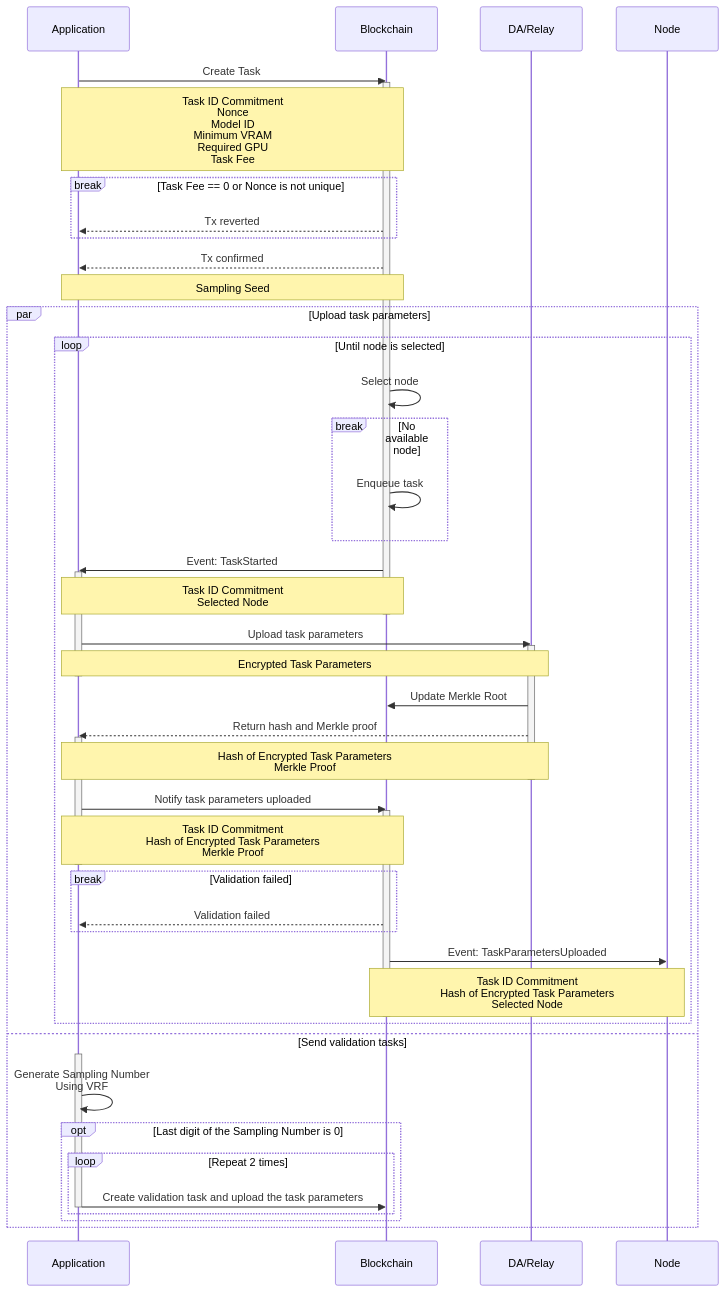
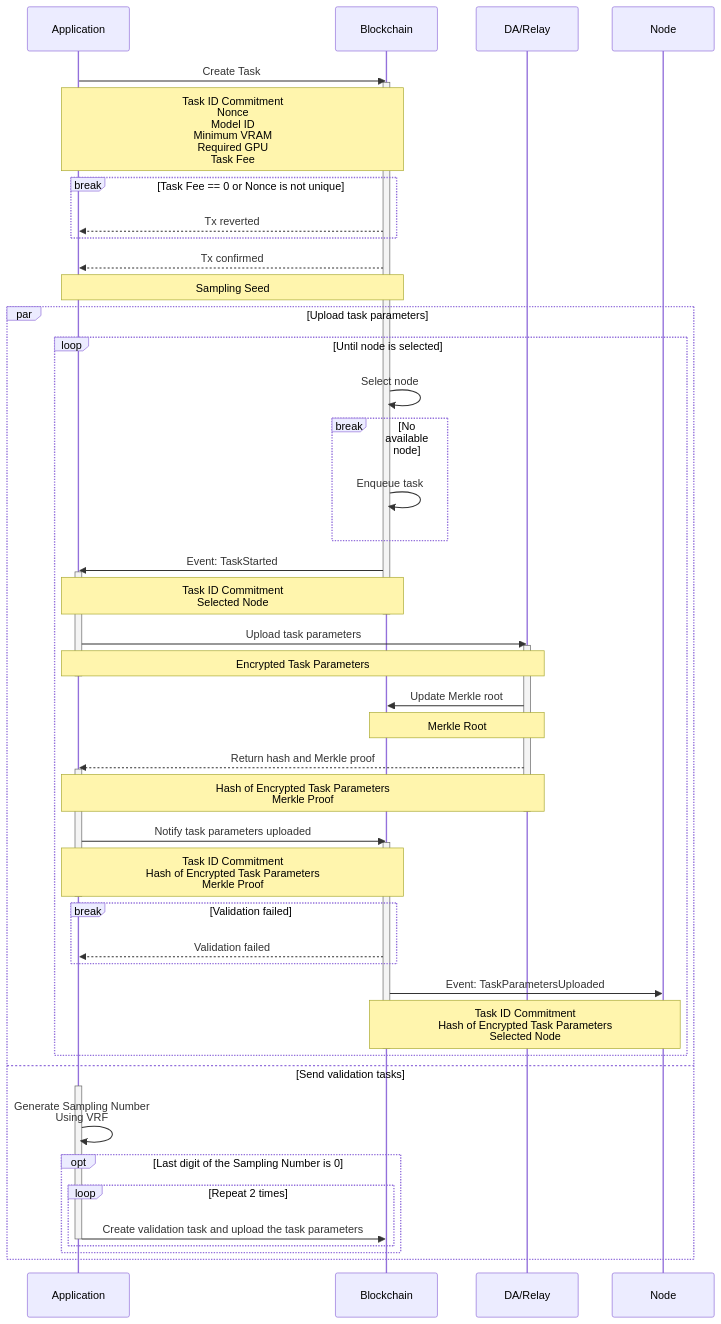
Before and after one commit to crynux-ai/documentation: the first of 4 diagrams in gitbook/system-design/task-lifecycle.md, drawn with Mermaid. The commit also changed other lines of this file, not shown here.

Commit message:
GITBOOK-299: No subject

````diff
--- a/gitbook/system-design/task-lifecycle.md
+++ b/gitbook/system-design/task-lifecycle.md
@@ -97,63 +97,64 @@
 ```mermaid
 sequenceDiagram
     Participant A as Application
     Participant B as Blockchain
     Participant R as DA/Relay
     Participant N as Node
 
     A ->> B: Create Task
     activate B
     Note over A,B: Task ID Commitment<br/>Nonce<br/>Model ID<br/>Minimum VRAM<br/>Required GPU<br/>Task Fee
 
     break Task Fee == 0 or Nonce is not unique
         B -->> A: Tx reverted
     end
     
     B -->> A: Tx confirmed
     Note over A,B: Sampling Seed
 
     par Upload task parameters
 
         loop Until node is selected
             B ->> B: Select node
             
             break No available node
                 B ->> B: Enqueue task
             end
 
             B ->> A: Event: TaskStarted
             activate A
             Note over A,B: Task ID Commitment<br />Selected Node
             deactivate B
             A ->> R: Upload task parameters
             activate R
             note over A,R: Encrypted Task Parameters
             deactivate A
-            R ->> B: Update Merkle Root
+            R ->> B: Update Merkle root
+            note over B,R: Merkle Root
             R -->> A: Return hash and Merkle proof
             activate A
             note over A,R: Hash of Encrypted Task Parameters<br/>Merkle Proof
             deactivate R
             A ->> B: Notify task parameters uploaded
             activate B
             note over A,B: Task ID Commitment<br/>Hash of Encrypted Task Parameters<br/>Merkle Proof
             deactivate A
             break Validation failed
                 B -->> A: Validation failed
             end
             B ->> N: Event: TaskParametersUploaded
             note over B,N: Task ID Commitment<br/>Hash of Encrypted Task Parameters<br/>Selected Node
             deactivate B
         end
 
     and Send validation tasks
         activate A
         A ->> A: Generate Sampling Number<br/>Using VRF
         opt Last digit of the Sampling Number is 0
             loop Repeat 2 times
                 A ->> B: Create validation task and upload the task parameters
                 deactivate A
             end
         end    
     end
 ```
````
